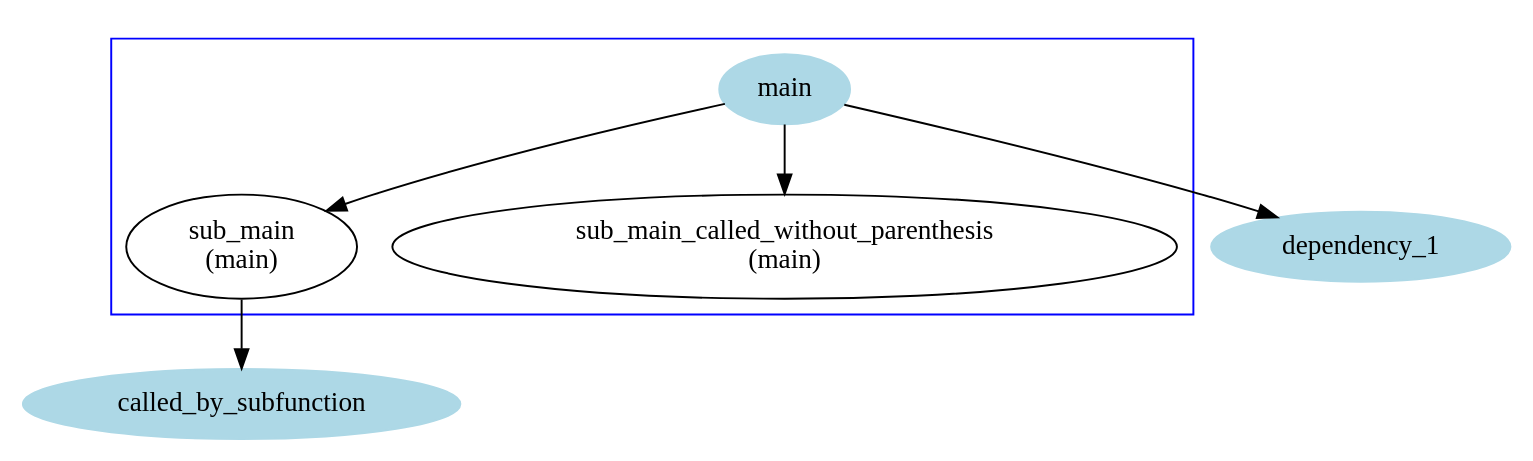
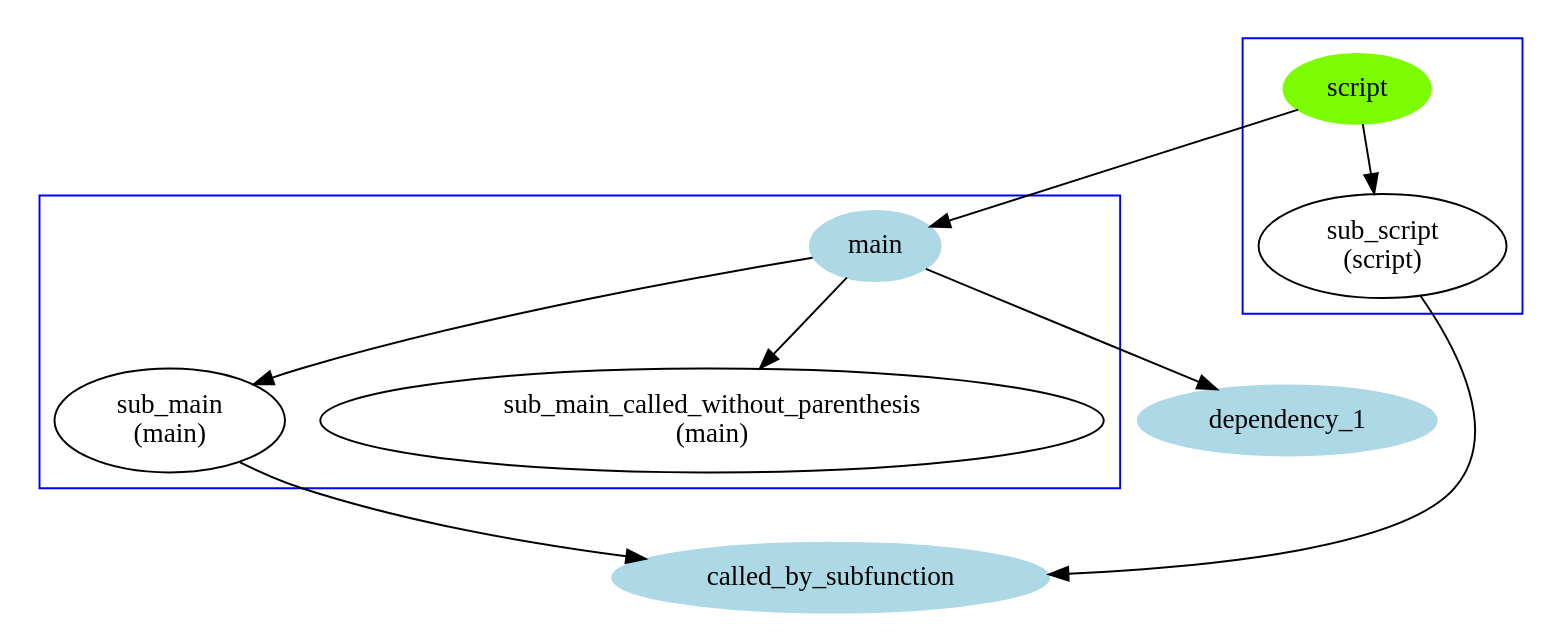
One commit to KaeroDot/mDepGen changed the diagram in readme_figures/readme_fig3.dot. Above: the diagram before and after it, drawn with Graphviz. The commit also changed 22 other files, not shown here.

```diff
--- a/readme_figures/readme_fig3.dot
+++ b/readme_figures/readme_fig3.dot
@@ -1,21 +1,30 @@
 /* Generated by mDepGen */
 digraph dep {
 node [shape = oval];
 /* start of shape definitions */
+"script" [color=lawngreen, style=filled];
 "main" [color=lightblue, style=filled];
 "dependency_1" [color=lightblue, style=filled];
 "called_by_subfunction" [color=lightblue, style=filled];
 /* end of shape definitions */
 /* start of subgraph definitions */
 subgraph cluster003 {
 color=blue;
     "main";
     "sub_main\n (main)";
     "sub_main_called_without_parenthesis\n (main)";
 }
+subgraph cluster004 {
+color=blue;
+    "script";
+    "sub_script\n (script)";
+}
 /* end of subgraph definitions */
+"script" -> "main" ;
 "main" -> "dependency_1" ;
 "main" -> "sub_main\n (main)" ;
 "sub_main\n (main)" -> "called_by_subfunction" ;
 "main" -> "sub_main_called_without_parenthesis\n (main)" ;
+"script" -> "sub_script\n (script)" ;
+"sub_script\n (script)" -> "called_by_subfunction" ;
 }
```
